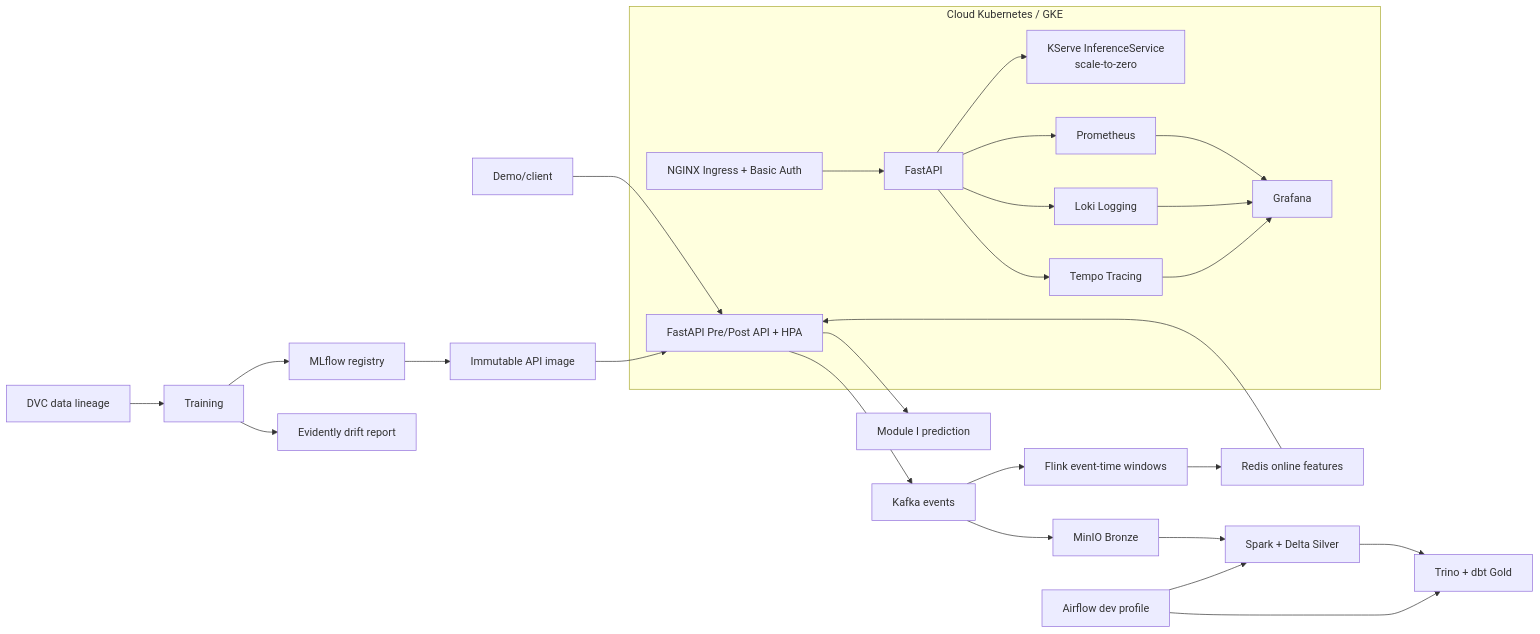
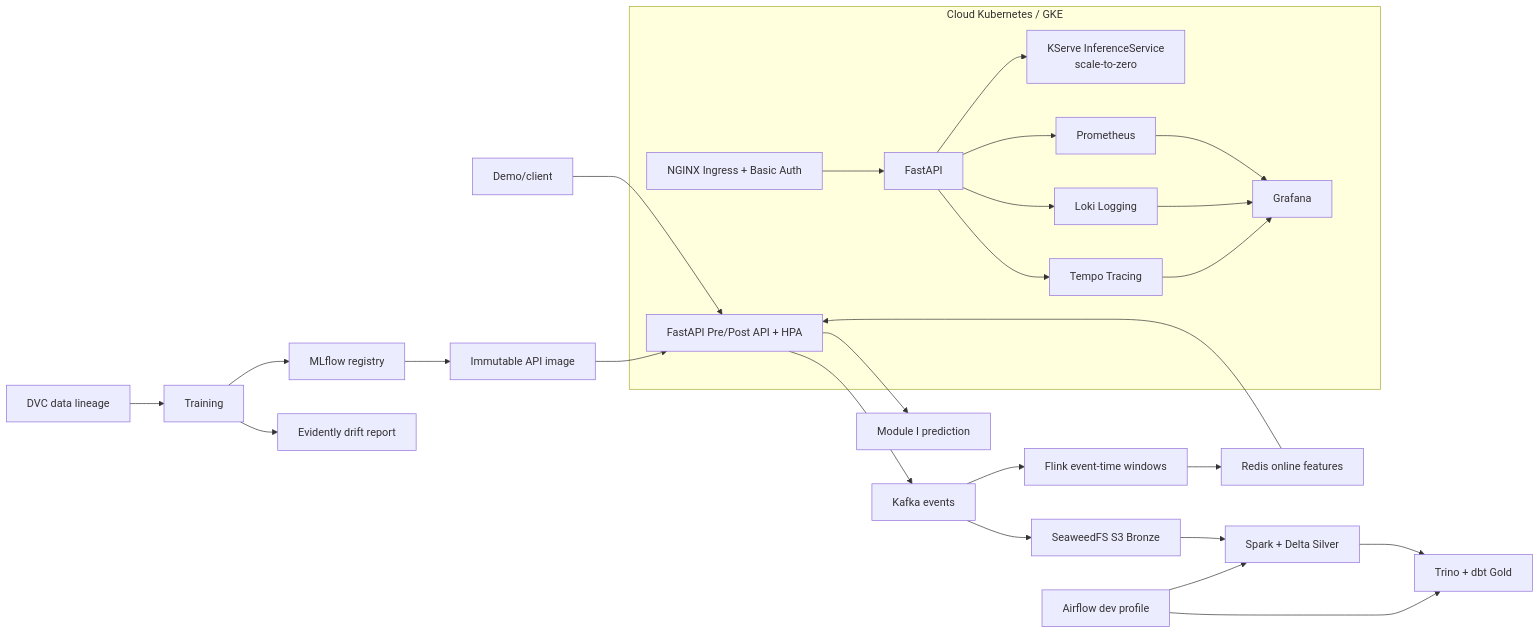
One commit to nhatminh06/personal-cognitive-load-monitor changed the diagram in README.md. Above: the diagram before and after it, drawn with Mermaid. The commit also changed other lines of this file and 34 other files, not shown here.

````diff
--- a/README.md
+++ b/README.md
@@ -155,39 +155,39 @@
 ```mermaid
 flowchart LR
     Browser[Demo/client] --> API[FastAPI]
     API --> Predict[Module I prediction]
     API --> Kafka[Kafka events]
-    Kafka --> Bronze[MinIO Bronze]
+    Kafka --> Bronze[SeaweedFS S3 Bronze]
     Bronze --> Spark[Spark + Delta Silver]
     Spark --> Trino[Trino + dbt Gold]
     Airflow[Airflow dev profile] --> Spark
     Airflow --> Trino
     Kafka --> Flink[Flink event-time windows]
     Flink --> Redis[Redis online features]
     Redis --> API
 
     DVC[DVC data lineage] --> Train[Training]
     Train --> MLflow[MLflow registry]
     MLflow --> Image[Immutable API image]
     Image --> API
 
     subgraph GKE[Cloud Kubernetes / GKE]
         NGINX[NGINX Ingress + Basic Auth]
         API[FastAPI Pre/Post API + HPA]
         KServe[KServe InferenceService\nscale-to-zero]
         Prom[Prometheus]
         Grafana[Grafana]
         Loki[Loki Logging]
         Tempo[Tempo Tracing]
         NGINX --> CloudAPI[FastAPI]
         CloudAPI --> KServe
         CloudAPI --> Prom
         CloudAPI --> Loki
         CloudAPI --> Tempo
         Prom --> Grafana
         Loki --> Grafana
         Tempo --> Grafana
     end
 
     Train --> Evidently[Evidently drift report]
 ```
````
